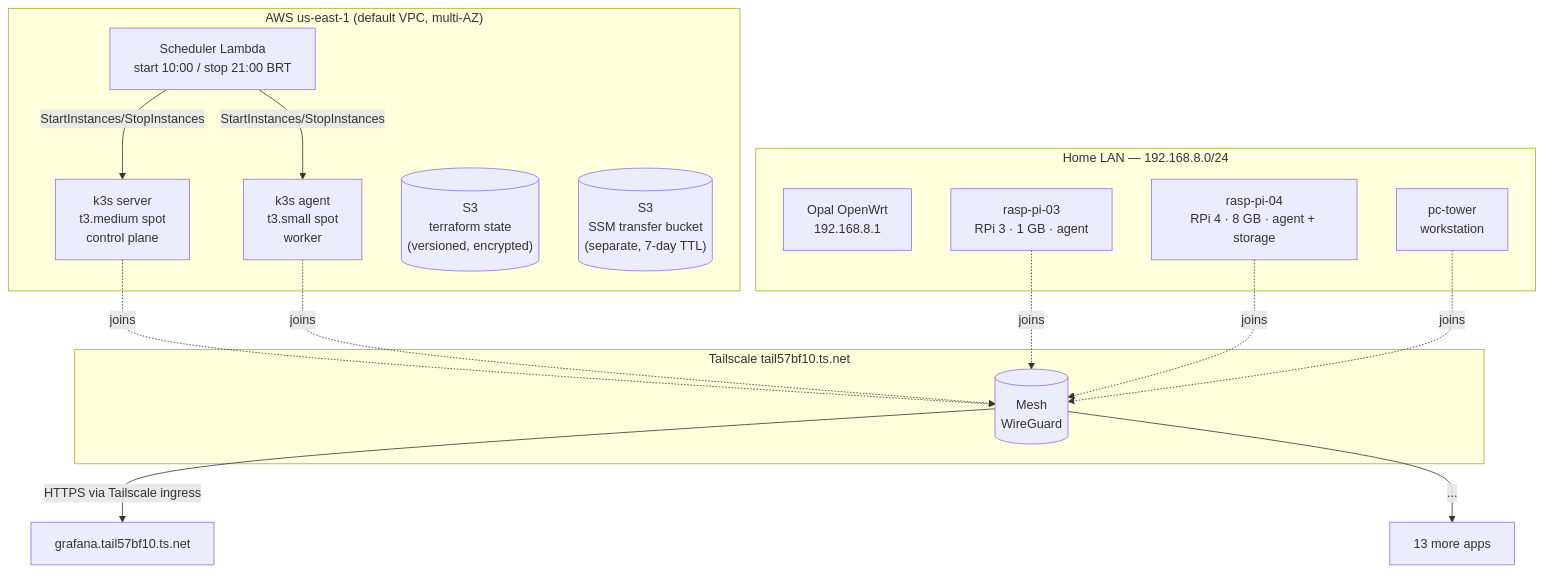
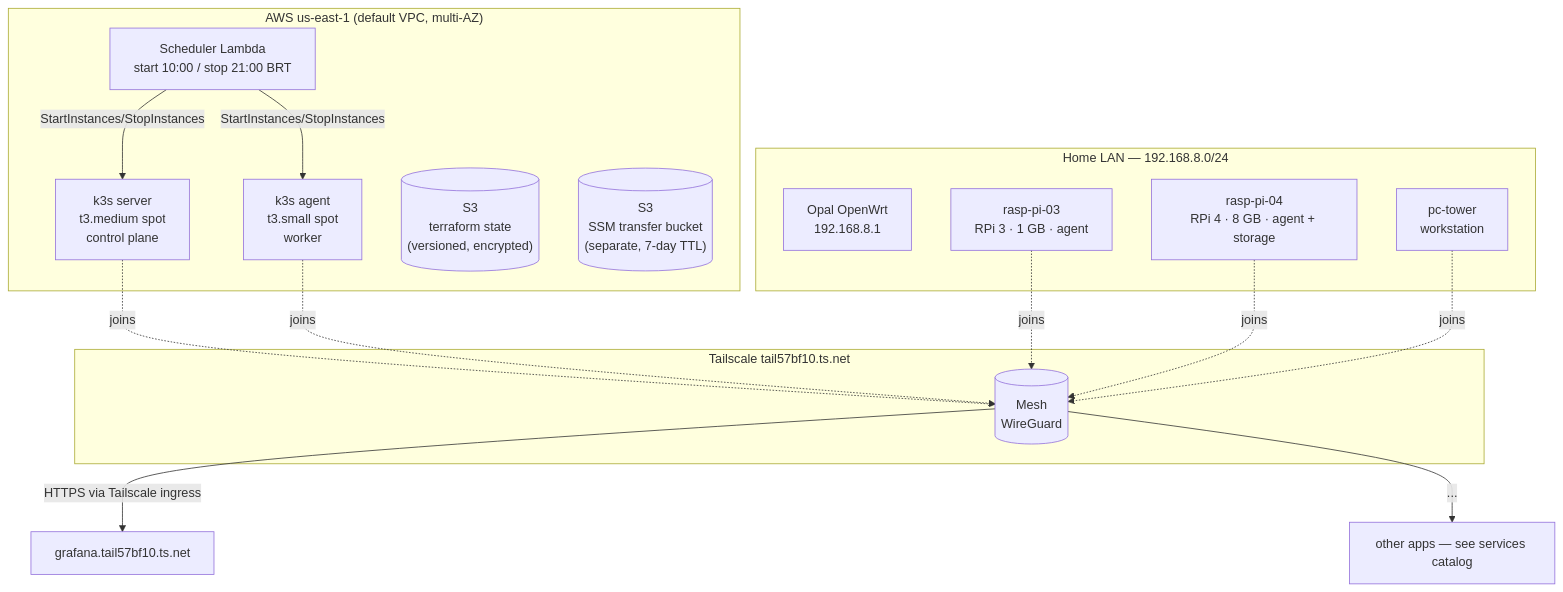
Before and after one commit to ariel-extending851/homelab: the diagram in docs/architecture/overview.md, drawn with Mermaid. The commit also changed other lines of this file and 5 other files, not shown here.

First line of the commit message:
docs: fix critical staleness in architecture/services/security

````diff
--- a/docs/architecture/overview.md
+++ b/docs/architecture/overview.md
@@ -13,33 +13,33 @@
 ```mermaid
 graph TB
     subgraph "AWS us-east-1 (default VPC, multi-AZ)"
         SERVER["k3s server<br/>t3.medium spot<br/>control plane"]
         AGENT["k3s agent<br/>t3.small spot<br/>worker"]
         LAMBDA["Scheduler Lambda<br/>start 10:00 / stop 21:00 BRT"]
         S3STATE[("S3<br/>terraform state<br/>(versioned, encrypted)")]
         S3SSM[("S3<br/>SSM transfer bucket<br/>(separate, 7-day TTL)")]
     end
 
     subgraph "Home LAN — 192.168.8.0/24"
         ROUTER["Opal OpenWrt<br/>192.168.8.1"]
         PI3["rasp-pi-03<br/>RPi 3 · 1 GB · agent"]
         PI4["rasp-pi-04<br/>RPi 4 · 8 GB · agent + storage"]
         WS["pc-tower<br/>workstation"]
     end
 
     subgraph "Tailscale tail57bf10.ts.net"
         TS[("Mesh<br/>WireGuard")]
     end
 
     SERVER -.->|joins| TS
     AGENT -.->|joins| TS
     PI3 -.->|joins| TS
     PI4 -.->|joins| TS
     WS -.->|joins| TS
 
     TS -->|HTTPS via Tailscale ingress| GRAFANA["grafana.tail57bf10.ts.net"]
-    TS -->|...| OTHER["13 more apps"]
+    TS -->|...| OTHER["other apps — see services catalog"]
 
     LAMBDA -->|StartInstances/StopInstances| SERVER
     LAMBDA -->|StartInstances/StopInstances| AGENT
 ```
````
